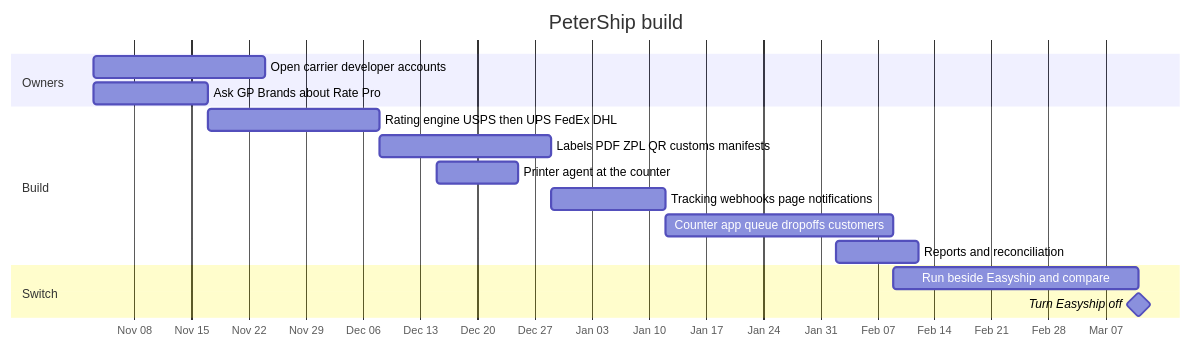
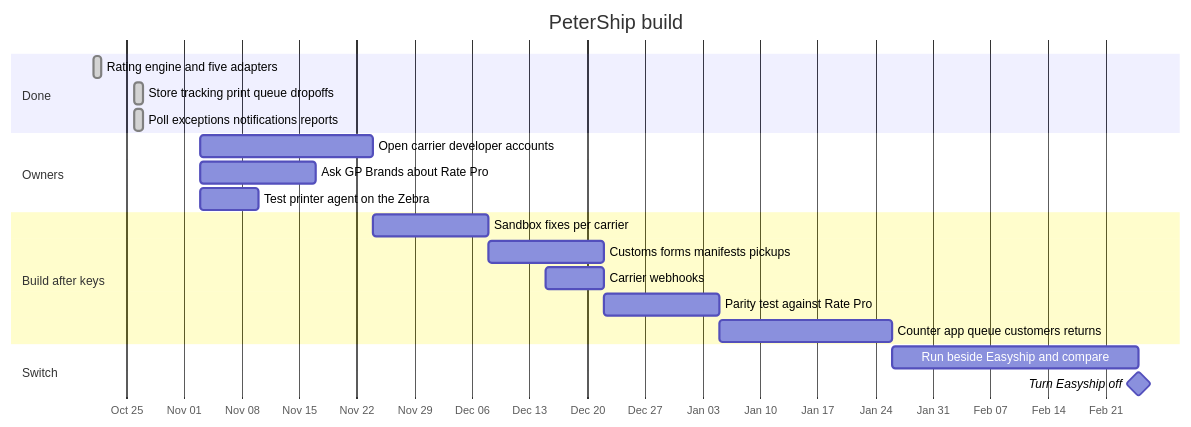
The sixth of 6 diagrams in shipping-client/README.md (wbp318/goin-postal-forsythe), drawn with Mermaid before and after one commit. The commit also changed other lines of this file and 6 other files, not shown here.

````diff
--- a/shipping-client/README.md
+++ b/shipping-client/README.md
@@ -266,19 +267,23 @@
 ```mermaid
 gantt
   title PeterShip build
   dateFormat YYYY-MM-DD
   axisFormat %b %d
+  section Done
+    Rating engine and five adapters        :done, d1, 2026-10-21, 1d
+    Store tracking print queue dropoffs    :done, d2, 2026-10-26, 1d
+    Poll exceptions notifications reports  :done, d3, 2026-10-26, 1d
   section Owners
     Open carrier developer accounts        :a1, 2026-11-03, 21d
     Ask GP Brands about Rate Pro           :a2, 2026-11-03, 14d
-  section Build
-    Rating engine USPS then UPS FedEx DHL  :b1, 2026-11-17, 21d
-    Labels PDF ZPL QR customs manifests    :b2, 2026-12-08, 21d
-    Printer agent at the counter           :b3, 2026-12-15, 10d
-    Tracking webhooks page notifications   :b4, 2026-12-29, 14d
-    Counter app queue dropoffs customers   :b5, 2027-01-12, 28d
-    Reports and reconciliation             :b6, 2027-02-02, 10d
+    Test printer agent on the Zebra        :a3, 2026-11-03, 7d
+  section Build after keys
+    Sandbox fixes per carrier              :b1, 2026-11-24, 14d
+    Customs forms manifests pickups        :b2, 2026-12-08, 14d
+    Carrier webhooks                       :b3, 2026-12-15, 7d
+    Parity test against Rate Pro           :b4, 2026-12-22, 14d
+    Counter app queue customers returns    :b5, 2027-01-05, 21d
   section Switch
-    Run beside Easyship and compare        :c1, 2027-02-09, 30d
-    Turn Easyship off                      :milestone, 2027-03-11, 0d
+    Run beside Easyship and compare        :c1, 2027-01-26, 30d
+    Turn Easyship off                      :milestone, 2027-02-25, 0d
 ```
````
